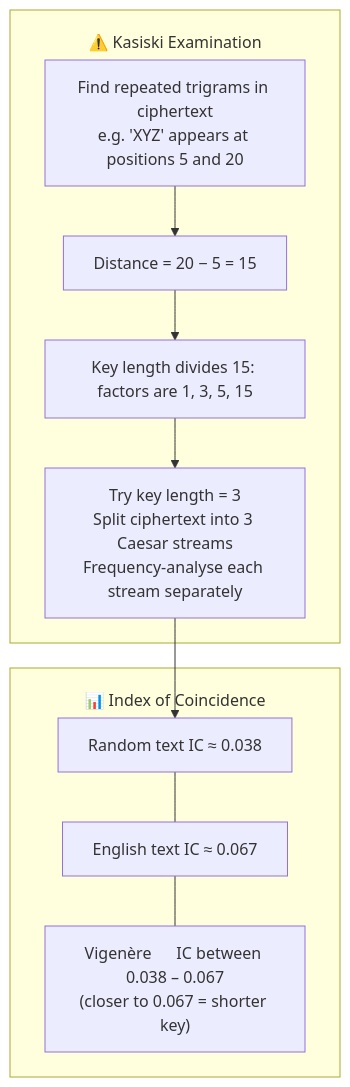
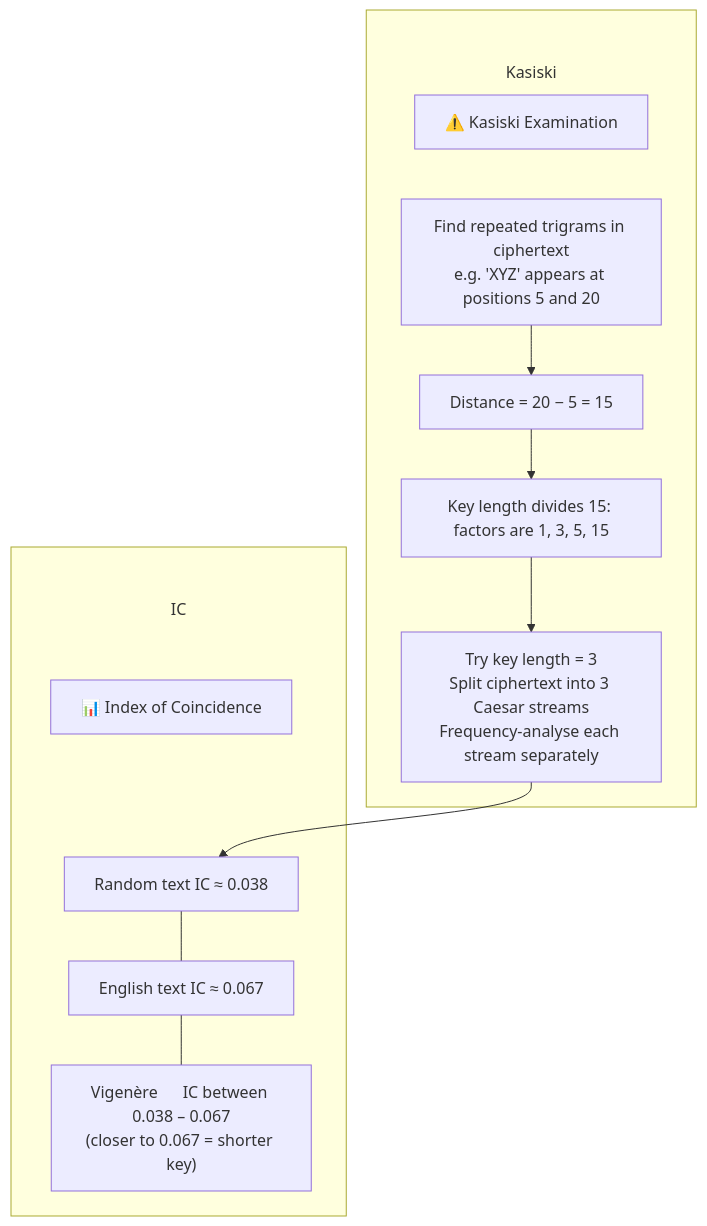
The sixth of 6 diagrams in src/main/java/security/encryption/classic/README.md (csoares/SecurityJava), drawn with Mermaid before and after one commit. The commit also changed other lines of this file and 11 other files, not shown here.

First line of the commit message:
Fix Mermaid subgraph title overlap by moving labels into title nodes

````diff
--- a/src/main/java/security/encryption/classic/README.md
+++ b/src/main/java/security/encryption/classic/README.md
@@ -114,20 +128,24 @@
 ```mermaid
-%%{init: {'flowchart': {'subGraphTitleMargin': {'top': 20, 'bottom': 5}}}}%%
+%%{init: {'flowchart': {'subGraphTitleMargin': {'top': 50, 'bottom': 10}}}}%%
 flowchart TD
-    subgraph Kasiski ["⚠️ Kasiski Examination"]
+    subgraph Kasiski
+        T_Kasiski["⚠️ Kasiski Examination"]
+        T_Kasiski ~~~ K1
         K1["Find repeated trigrams in ciphertext<br/>e.g. 'XYZ' appears at positions 5 and 20"]
         K2["Distance = 20 − 5 = 15"]
         K3["Key length divides 15: factors are 1, 3, 5, 15"]
         K4["Try key length = 3<br/>Split ciphertext into 3 Caesar streams<br/>Frequency-analyse each stream separately"]
         K1 --> K2 --> K3 --> K4
     end
 
-    subgraph IC ["📊 Index of Coincidence"]
+    subgraph IC
+        T_IC["📊 Index of Coincidence"]
+        T_IC ~~~ IC1
         IC1["Random text   IC ≈ 0.038"]
         IC2["English text  IC ≈ 0.067"]
         IC3["Vigenère      IC between 0.038 – 0.067<br/>(closer to 0.067 = shorter key)"]
         IC1 --- IC2 --- IC3
     end
 
     K4 --> IC1
 ```
````
